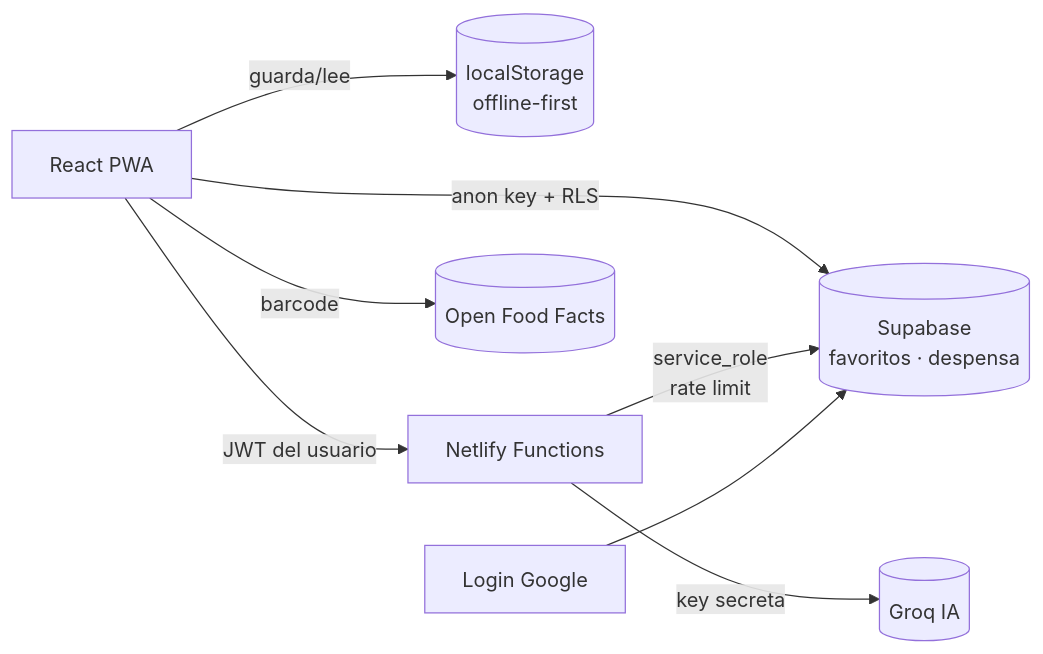
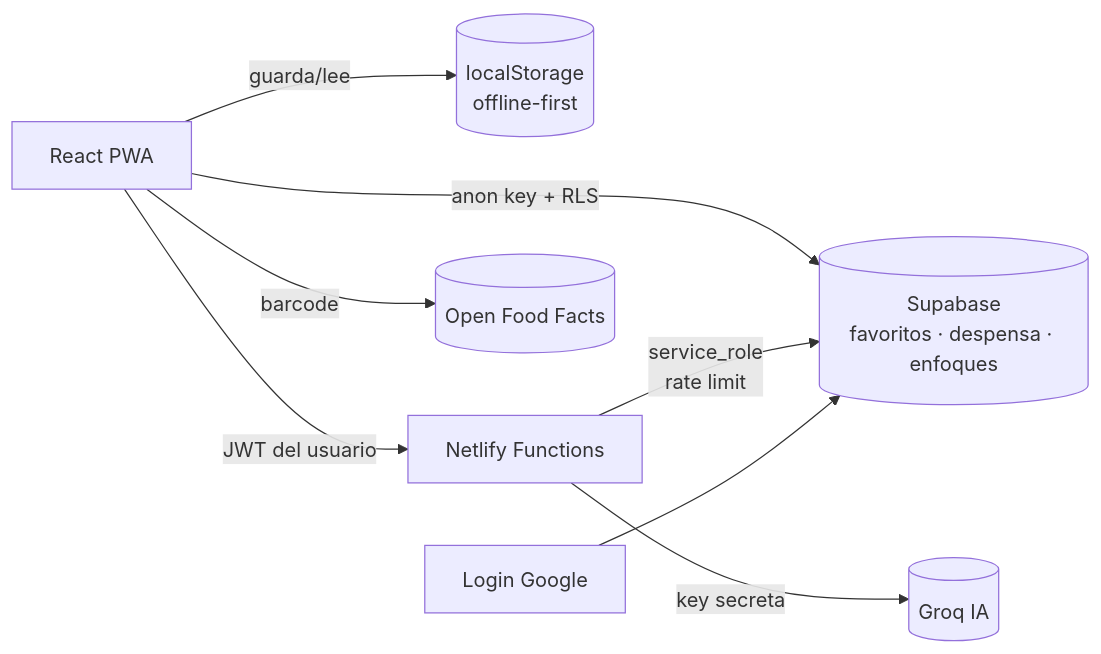
Before and after one commit to Alfredojrd86/cocina-practica: the second of 3 diagrams in docs/FLUJO.md, drawn with Mermaid. The commit also changed 1 other file, not shown here.

Commit message:
docs: actualiza README y FLUJO (5 enfoques + propios, templates.js, useEnfoques, tabla enfoques)

````diff
--- a/docs/FLUJO.md
+++ b/docs/FLUJO.md
@@ -41,10 +41,10 @@
 ```mermaid
 flowchart LR
   UI[React PWA] -- guarda/lee --> LS[(localStorage<br/>offline-first)]
-  UI -- anon key + RLS --> SB[(Supabase<br/>favoritos · despensa)]
+  UI -- anon key + RLS --> SB[(Supabase<br/>favoritos · despensa · enfoques)]
   UI -- JWT del usuario --> FN[Netlify Functions]
   FN -- key secreta --> GROQ[(Groq IA)]
   FN -- service_role<br/>rate limit --> SB
   UI -- barcode --> OFF[(Open Food Facts)]
   LOGIN[Login Google] --> SB
 ```
````
